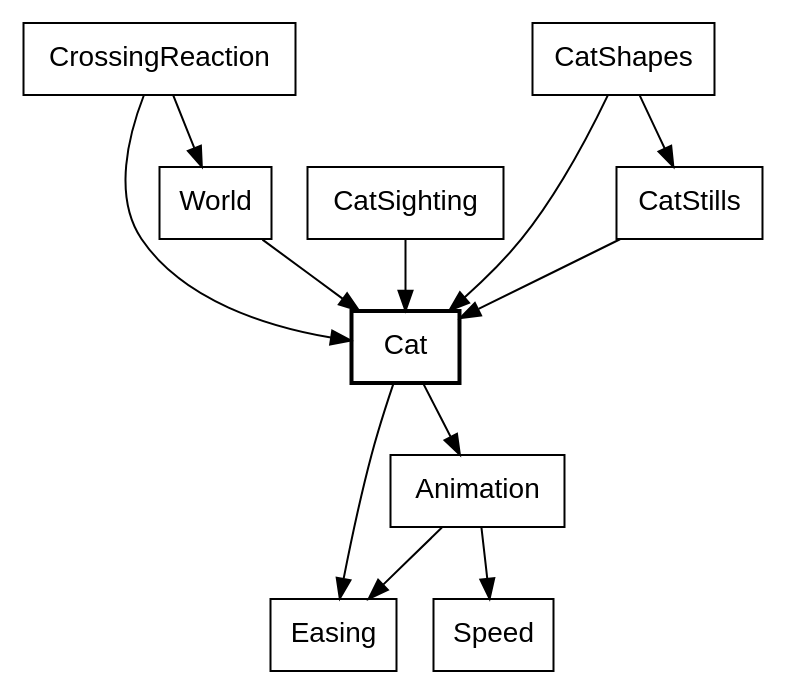
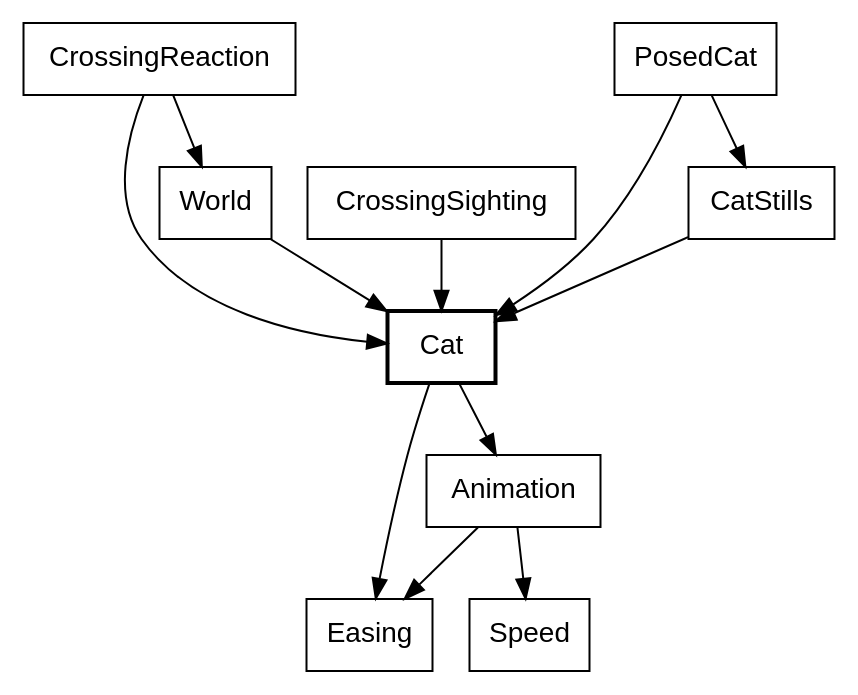
Diagram 22 of 35 in canvas_apps/safari/tutorial/tutorial.md (showell/roc-apps), drawn with Graphviz before and after one commit. The commit also changed other lines of this file and 3 other files, not shown here.

First line of the commit message:
safari book_names: the diagrams' node names are checked too

````diff
--- a/canvas_apps/safari/tutorial/tutorial.md
+++ b/canvas_apps/safari/tutorial/tutorial.md
@@ -1909,17 +1909,17 @@
 ```dot
 digraph cat {
   node [shape=box, fontname="Helvetica"];
   Cat [style=bold];
   World -> Cat;
   CrossingReaction -> Cat;
   CrossingReaction -> World;
-  CatSighting -> Cat;
-  CatShapes -> Cat;
-  CatShapes -> CatStills;
+  CrossingSighting -> Cat;
+  PosedCat -> Cat;
+  PosedCat -> CatStills;
   CatStills -> Cat;
   Cat -> Animation;
   Cat -> Easing;
   Animation -> Easing;
   Animation -> Speed;
 }
 ```
````
